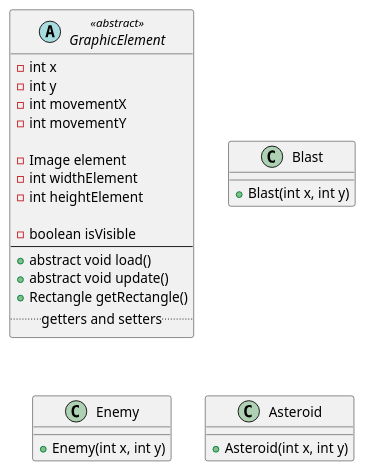
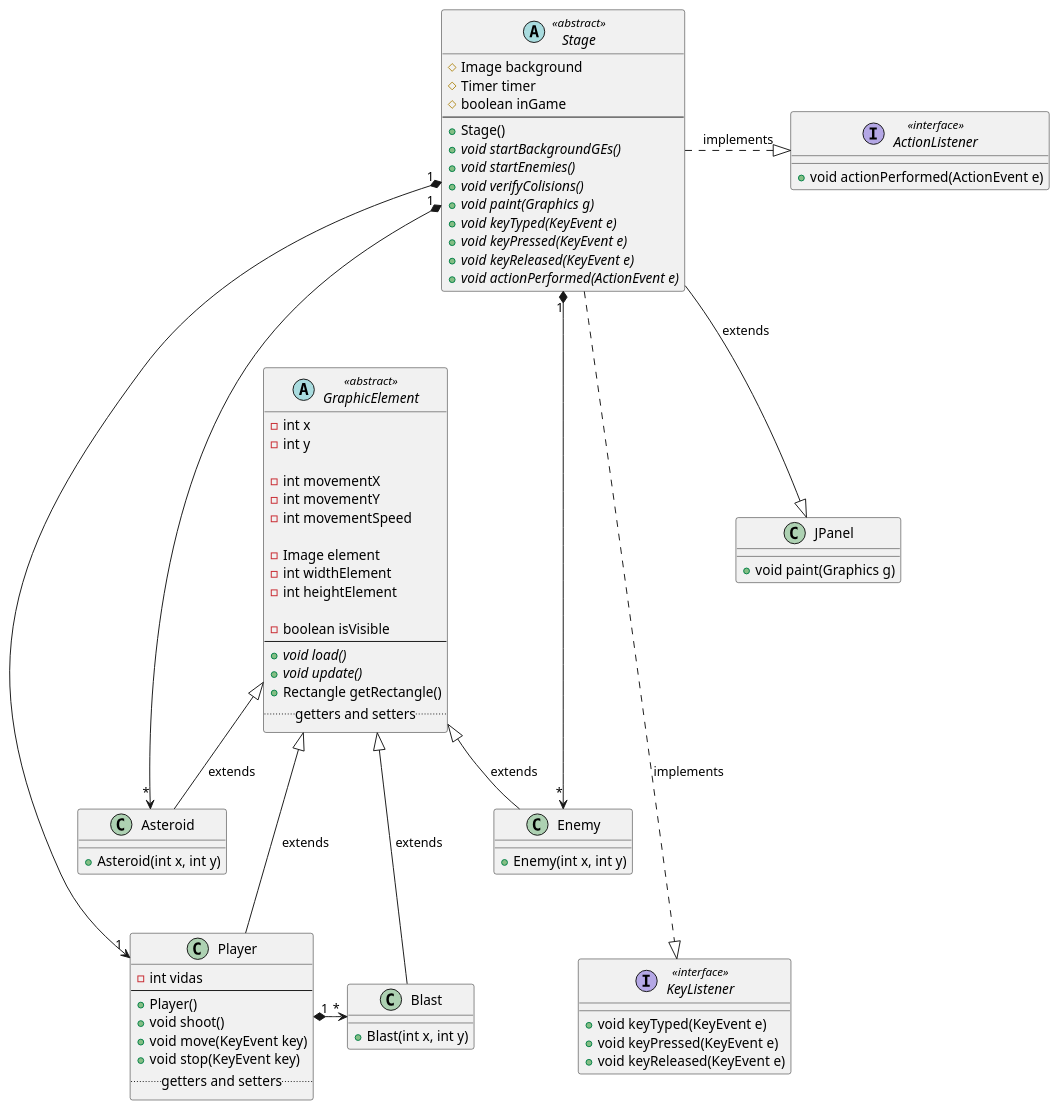
One commit to IagoGdeMeira/jogo-2d-poo changed the diagram in dc.puml. Above: the diagram before and after it, drawn with PlantUML.

```diff
--- a/dc.puml
+++ b/dc.puml
@@ -1,33 +1,90 @@
 @startuml
 
 abstract GraphicElement <<abstract>> {
   - int x
   - int y
+  
   - int movementX
   - int movementY
+  - int movementSpeed
   
   - Image element
   - int widthElement
   - int heightElement
   
   - boolean isVisible
   ----
-  + abstract void load()
-  + abstract void update()
+  + {abstract} void load()
+  + {abstract} void update()
   + Rectangle getRectangle()
   ..getters and setters..
 }
 
 class Blast {
   + Blast(int x, int y)
 }
 
 class Enemy {
   + Enemy(int x, int y)
 }
 
 class Asteroid {
   + Asteroid(int x, int y)
 }
 
+class Player {
+  - int vidas
+  --
+  + Player()
+  + void shoot()
+  + void move(KeyEvent key)
+  + void stop(KeyEvent key)
+  ..getters and setters..
+}
+
+abstract Stage <<abstract>> {
+  # Image background
+  # Timer timer
+  # boolean inGame
+  --
+  + Stage()
+  + {abstract} void startBackgroundGEs()
+  + {abstract} void startEnemies()
+  + {abstract} void verifyColisions()
+  + {abstract} void paint(Graphics g)
+  + {abstract} void keyTyped(KeyEvent e)
+  + {abstract} void keyPressed(KeyEvent e)
+  + {abstract} void keyReleased(KeyEvent e)
+  + {abstract} void actionPerformed(ActionEvent e)
+}
+
+GraphicElement <|-- Asteroid :extends
+GraphicElement <|--- Player :extends
+GraphicElement <|- Blast :extends
+GraphicElement <|- Enemy :extends
+
+Player "1" *-> "*" Blast
+
+Stage "1" *-> "1" Player
+Stage "1" *---> "*" Enemy
+Stage "1" *---> "*" Asteroid
+
+interface KeyListener <<interface>> {
+  + void keyTyped(KeyEvent e)
+  + void keyPressed(KeyEvent e)
+  + void keyReleased(KeyEvent e)
+}
+
+interface ActionListener <<interface>> {
+  + void actionPerformed(ActionEvent e)
+}
+
+class JPanel {
+  + void paint(Graphics g)
+}
+
+Stage ....|> KeyListener :implements
+Stage --|> JPanel :extends
+Stage .|> ActionListener :implements
+
 @enduml
```
